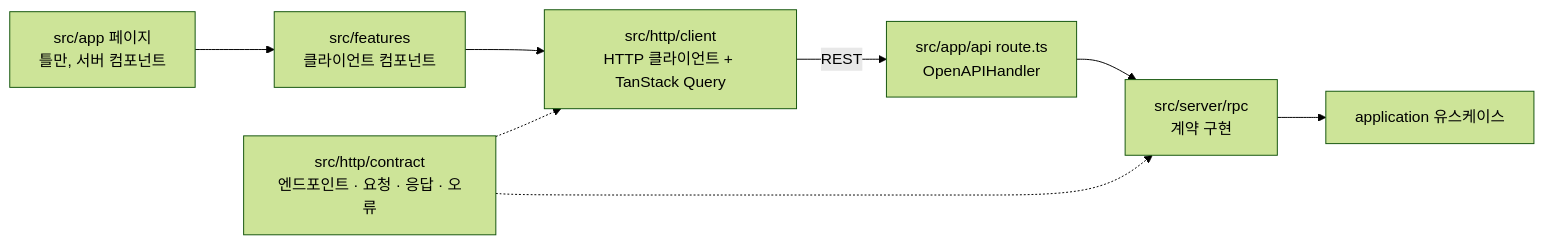
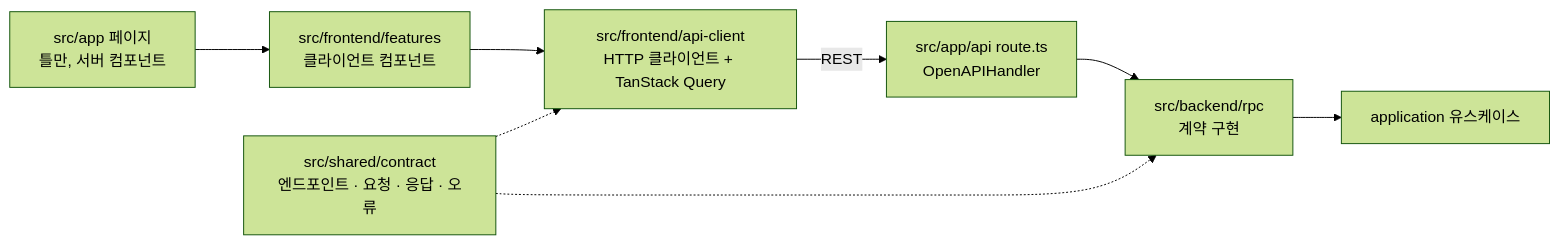
Before and after one commit to Changsik00/inkle: the fifth of 5 diagrams in docs/architecture.md, drawn with Mermaid (forest theme). The commit also changed other lines of this file and 166 other files, not shown here.

Commit message:
refactor(spec-01-04): split src into backend, frontend and shared

````diff
--- a/docs/architecture.md
+++ b/docs/architecture.md
@@ -165,10 +176,10 @@
 ```mermaid
 flowchart LR
-    P[src/app 페이지<br/>틀만, 서버 컴포넌트] --> F[src/features<br/>클라이언트 컴포넌트]
-    F --> K[src/http/client<br/>HTTP 클라이언트 + TanStack Query]
+    P[src/app 페이지<br/>틀만, 서버 컴포넌트] --> F[src/frontend/features<br/>클라이언트 컴포넌트]
+    F --> K[src/frontend/api-client<br/>HTTP 클라이언트 + TanStack Query]
     K -->|REST| R[src/app/api route.ts<br/>OpenAPIHandler]
-    R --> S[src/server/rpc<br/>계약 구현]
+    R --> S[src/backend/rpc<br/>계약 구현]
     S --> U[application 유스케이스]
-    C[src/http/contract<br/>엔드포인트 · 요청 · 응답 · 오류] -.-> K
+    C[src/shared/contract<br/>엔드포인트 · 요청 · 응답 · 오류] -.-> K
     C -.-> S
 ```
````
